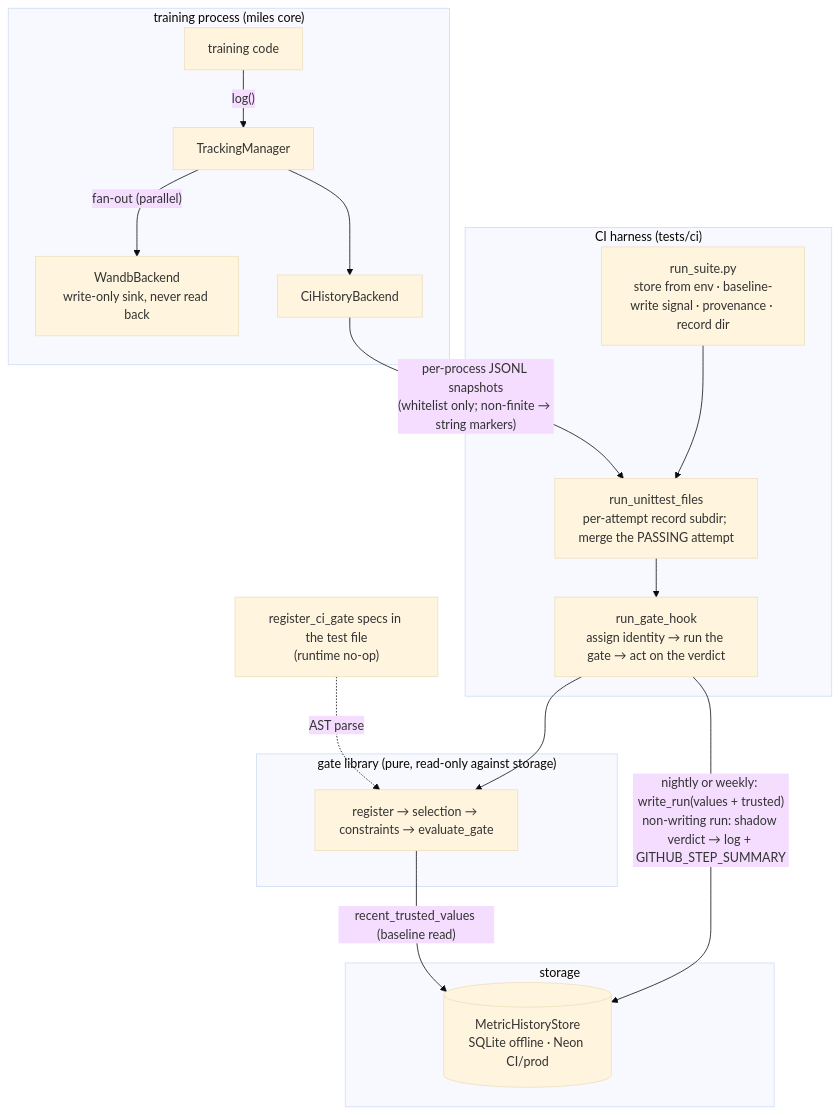
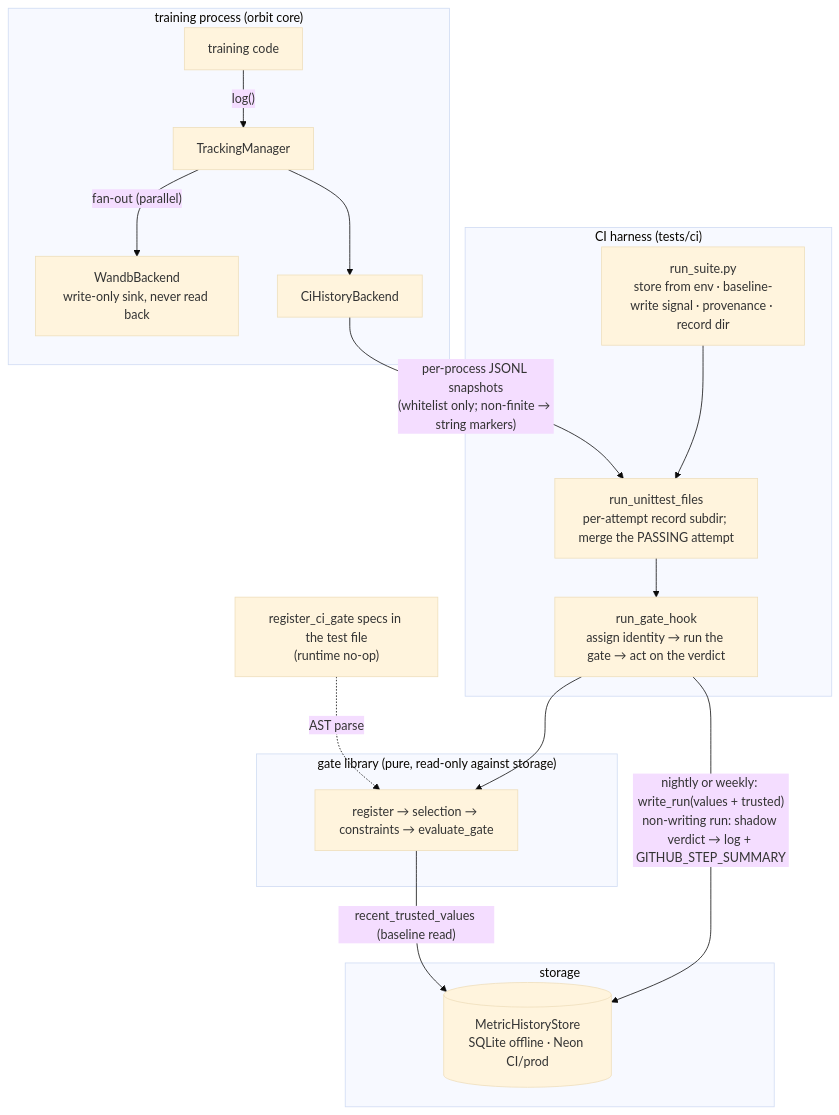
Before and after one commit to Sphere-AI-Lab/orbit: the first of 2 diagrams in docs/ci/03-metric-history-gate.md, drawn with Mermaid (base theme). The commit also changed other lines of this file and 1865 other files, not shown here.

Commit message:
refactor: rename MILES tree to Orbit

````diff
--- a/docs/ci/03-metric-history-gate.md
+++ b/docs/ci/03-metric-history-gate.md
@@ -67,23 +67,23 @@
 ```mermaid
 flowchart TD
-    subgraph training_process["training process (miles core)"]
+    subgraph training_process["training process (orbit core)"]
         training_code["training code"] -- "log()" --> tracking_manager["TrackingManager"]
         tracking_manager -- "fan-out (parallel)" --> wandb_backend["WandbBackend<br>write-only sink, never read back"]
         tracking_manager --> ci_history_backend["CiHistoryBackend"]
     end
     ci_history_backend -- "per-process JSONL snapshots<br>(whitelist only; non-finite → string markers)" --> run_unittest_files
     subgraph ci_harness["CI harness (tests/ci)"]
         run_suite["run_suite.py<br>store from env · baseline-write signal · provenance · record dir"] --> run_unittest_files["run_unittest_files<br>per-attempt record subdir; merge the PASSING attempt"]
         run_unittest_files --> run_gate_hook["run_gate_hook<br>assign identity → run the gate → act on the verdict"]
     end
     gate_specs["register_ci_gate specs in the test file<br>(runtime no-op)"] -. "AST parse" .-> evaluate_gate
     run_gate_hook --> evaluate_gate
     subgraph gate_library["gate library (pure, read-only against storage)"]
         evaluate_gate["register → selection → constraints → evaluate_gate"]
     end
     evaluate_gate -- "recent_trusted_values (baseline read)" --> metric_store
     run_gate_hook -- "nightly or weekly: write_run(values + trusted)<br>non-writing run: shadow verdict → log + GITHUB_STEP_SUMMARY" --> metric_store
     subgraph storage
         metric_store[("MetricHistoryStore<br>SQLite offline · Neon CI/prod")]
     end
 ```
````
